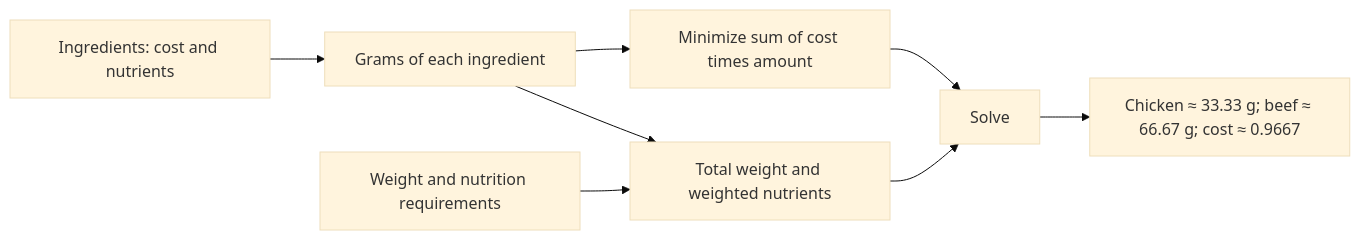
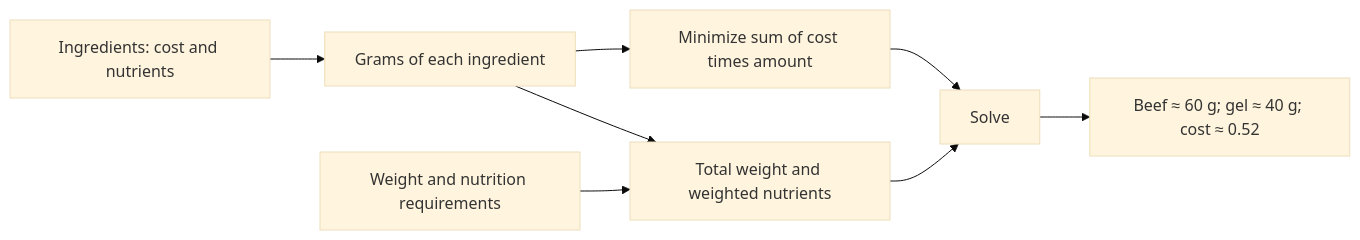
The diagram in docs/usage.adoc (vbmacher/spark-lp), drawn with Mermaid (base theme) before and after one commit. The commit also changed other lines of this file and 36 other files, not shown here.

```diff
--- a/docs/usage.adoc
+++ b/docs/usage.adoc
@@ -42,11 +42,11 @@
 [mermaid]
 ----
 flowchart LR
   O["Ingredients: cost and nutrients"] --> V["Grams of each ingredient"]
   V --> C["Minimize sum of cost times amount"]
   V --> G["Total weight and weighted nutrients"]
   D["Weight and nutrition requirements"] --> G
   C --> S[Solve]
   G --> S
-  S --> R["Chicken ≈ 33.33 g; beef ≈ 66.67 g; cost ≈ 0.9667"]
+  S --> R["Beef ≈ 60 g; gel ≈ 40 g; cost ≈ 0.52"]
 ----
```
